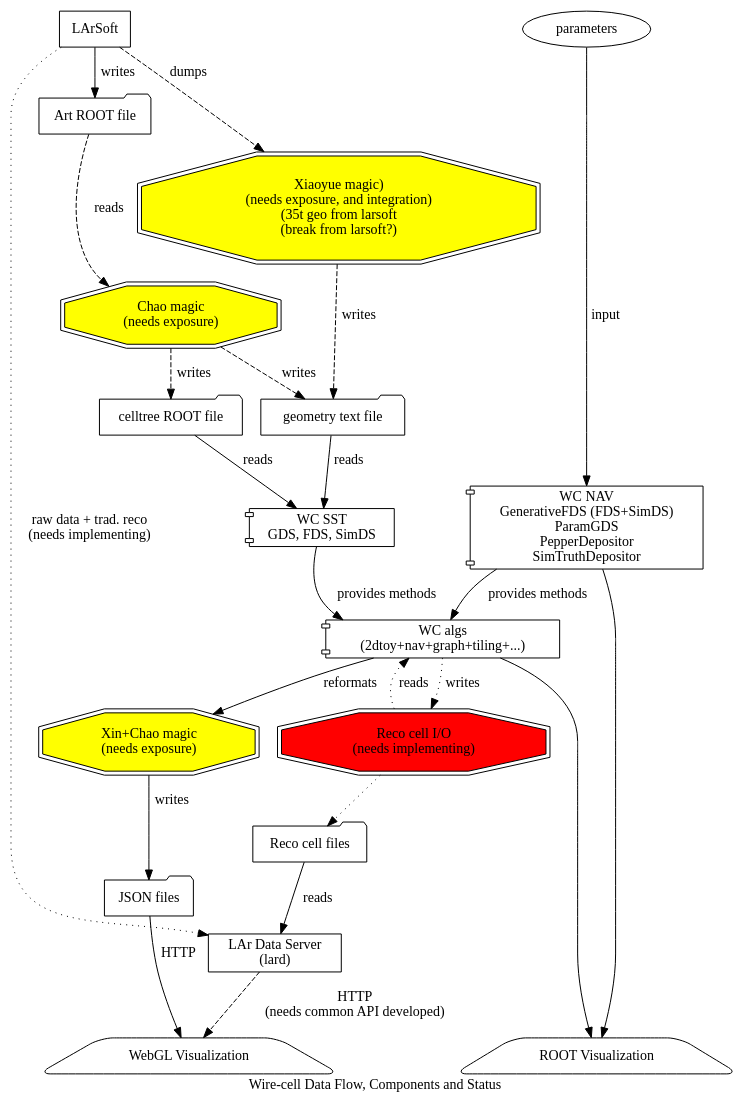
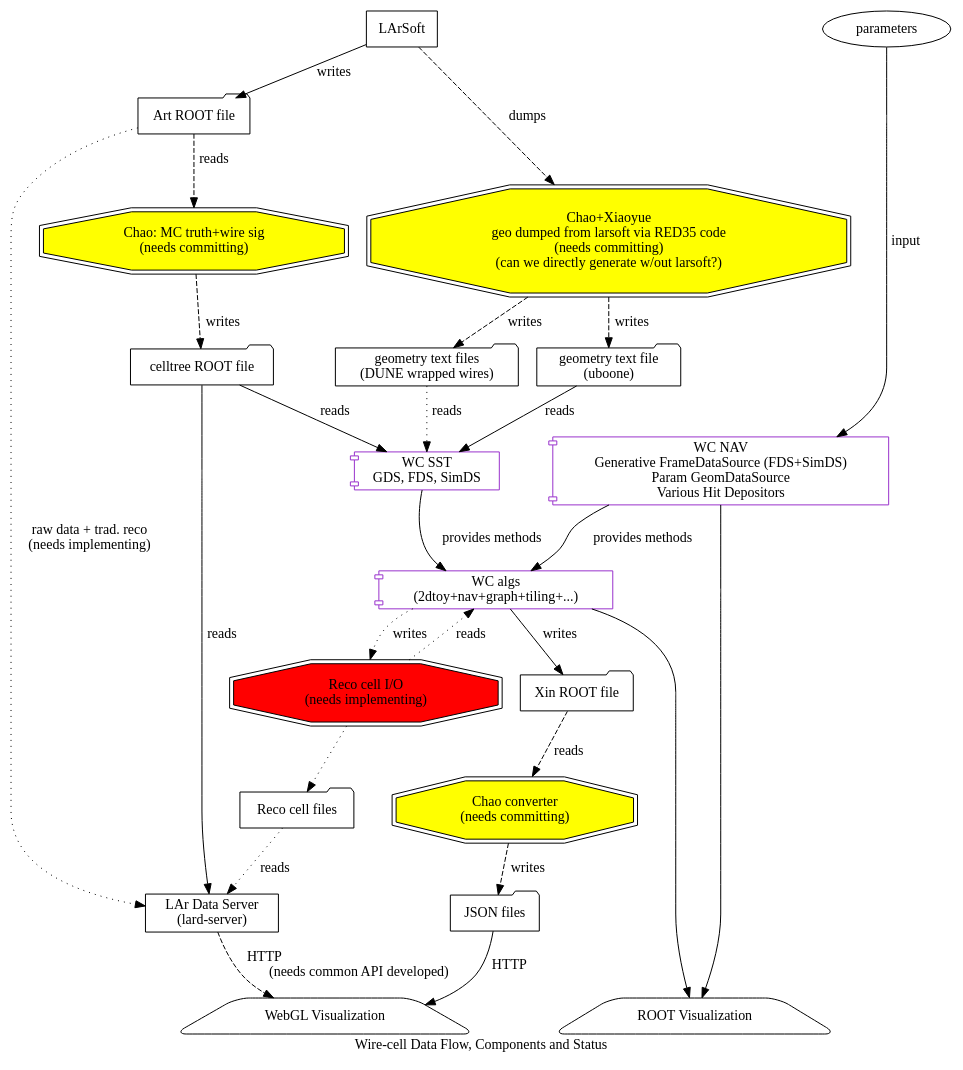
Before and after one commit to BNLIF/wire-cell: the diagram in docs/ecosystem-data.dot, drawn with Graphviz.

Commit message:
Updates from Chao.

```diff
--- a/docs/ecosystem-data.dot
+++ b/docs/ecosystem-data.dot
@@ -1,58 +1,66 @@
 digraph "G" {
 	label="Wire-cell Data Flow, Components and Status";
 
 	larsoft[shape=box,label="LArSoft"];
 	larfile[shape=folder, label="Art ROOT file"];
-	chao[fillcolor=yellow,style=filled,shape=doubleoctagon,label="Chao magic\n(needs exposure)"];
-	xiaoyue[fillcolor=yellow,style=filled,shape=doubleoctagon,label="Xiaoyue magic)\n(needs exposure, and integration)\n(35t geo from larsoft\n(break from larsoft?)"];
+	lardata[fillcolor=yellow,style=filled,shape=doubleoctagon,label="Chao: MC truth+wire sig\n(needs committing)"];
+	largeom[fillcolor=yellow,style=filled,shape=doubleoctagon,label="Chao+Xiaoyue\ngeo dumped from larsoft via RED35 code\n(needs committing)\n(can we directly generate w/out larsoft?)"];
 	celltree[shape=folder, label="celltree ROOT file"];
-	geomfile[shape=folder, label="geometry text file"];
-	sst[shape=component,label="WC SST\nGDS, FDS, SimDS"];
+	geomfile_ub[shape=folder, label="geometry text file\n(uboone)"];
+	geomfile_dune[shape=folder, label="geometry text files\n(DUNE wrapped wires)"];
+	sst[color=darkorchid,shape=component,label="WC SST\nGDS, FDS, SimDS"];
 	params[shape=ellipse,label="parameters"];
 	
-	nav[shape=component,label="WC NAV\nGenerativeFDS (FDS+SimDS)\nParamGDS\nPepperDepositor\nSimTruthDepositor"];
-	algs[shape=component,label="WC algs\n(2dtoy+nav+graph+tiling+...)"];
+	nav[color=darkorchid,shape=component,label="WC NAV\nGenerative FrameDataSource (FDS+SimDS)\nParam GeomDataSource\nVarious Hit Depositors"];
+	algs[color=darkorchid,shape=component,label="WC algs\n(2dtoy+nav+graph+tiling+...)"];
+
+	xinfile[shape=folder,label="Xin ROOT file"];
+	
 
 	cellio[style=filled,fillcolor=red,shape=doubleoctagon,label="Reco cell I/O\n(needs implementing)"];
 	cellfile[shape=folder,label="Reco cell files"];
 
-	xinchao[fillcolor=yellow,style=filled,shape=doubleoctagon,label="Xin+Chao magic\n(needs exposure)"];
+	root2json[fillcolor=yellow,style=filled,shape=doubleoctagon,label="Chao converter\n(needs committing)"];
 	json[shape=folder,label="JSON files"];
 	
-	lard[shape=box,label="LAr Data Server\n(lard)"];
+	lard[shape=box,label="LAr Data Server\n(lard-server)"];
 	disp[style=rounded,shape=trapezium,label="WebGL Visualization"];
 	rootvis[style=rounded,shape=trapezium,label="ROOT Visualization"];
 
 	{rank=same; larsoft; params}
 
 	{rank=same; disp; rootvis}
 
 	larsoft->larfile[label="writes"];
-	larfile->chao[style="dashed",label="reads"];
-	chao->celltree[style="dashed",label="writes"];
-	chao->geomfile[style="dashed",label="writes"];
-	larsoft->xiaoyue[style=dashed,label="dumps"];
-	xiaoyue->geomfile[style=dashed,label="writes"];
+	larfile->lardata[style="dashed",label="reads"];
+	lardata->celltree[style="dashed",label="writes"];
+	largeom->geomfile_ub[style=dashed,label="writes"];
+	larsoft->largeom[style=dashed,label="dumps"];
+	largeom->geomfile_dune[style=dashed,label="writes"];
 
 	celltree->sst[label="reads"];
-	geomfile->sst[label="reads"];
+	geomfile_ub->sst[label="reads"];
+	geomfile_dune->sst[style="dotted",label="reads"];
 	sst->algs[label="provides methods"];
 
 	params->nav[label="input"];
 	nav->algs[label="provides methods"];
 	nav->rootvis;
 
 	algs->cellio[style="dotted",label="writes"];
 	cellio->algs[style="dotted",label="reads"];
 	cellio->cellfile[style="dotted"];
-	cellfile->lard[label="reads"];
+	cellfile->lard[style="dotted",label="reads"];
 
-	lard->disp[style=dashed, label="HTTP\n(needs common API developed)"];
-	larsoft->lard[style=dotted, label="raw data + trad. reco\n(needs implementing)"];
+	lard->disp[style=dashed, label="HTTP\l(needs common API developed)"];
+	celltree->lard[label="reads"];
+	larfile->lard[style=dotted, label="raw data + trad. reco\n(needs implementing)"];
 
-	algs->xinchao[label="reformats"];
-	xinchao->json[label="writes"];
+	algs->xinfile[label="writes"];
+	
+	xinfile->root2json[style=dashed,label="reads"];
+	root2json->json[style=dashed,label="writes"];
 	json->disp[label="HTTP"];
 
 	algs->rootvis;
 }
```
